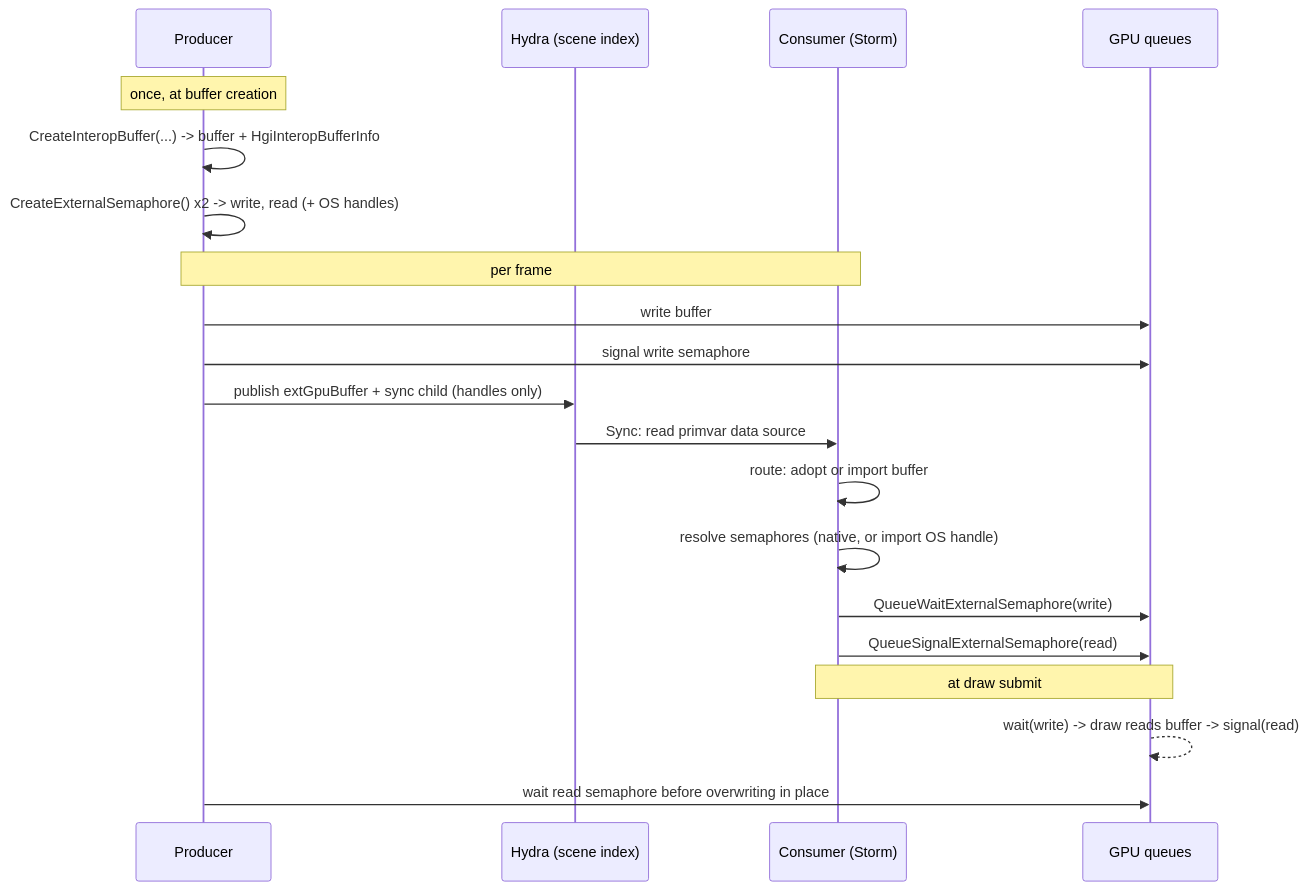
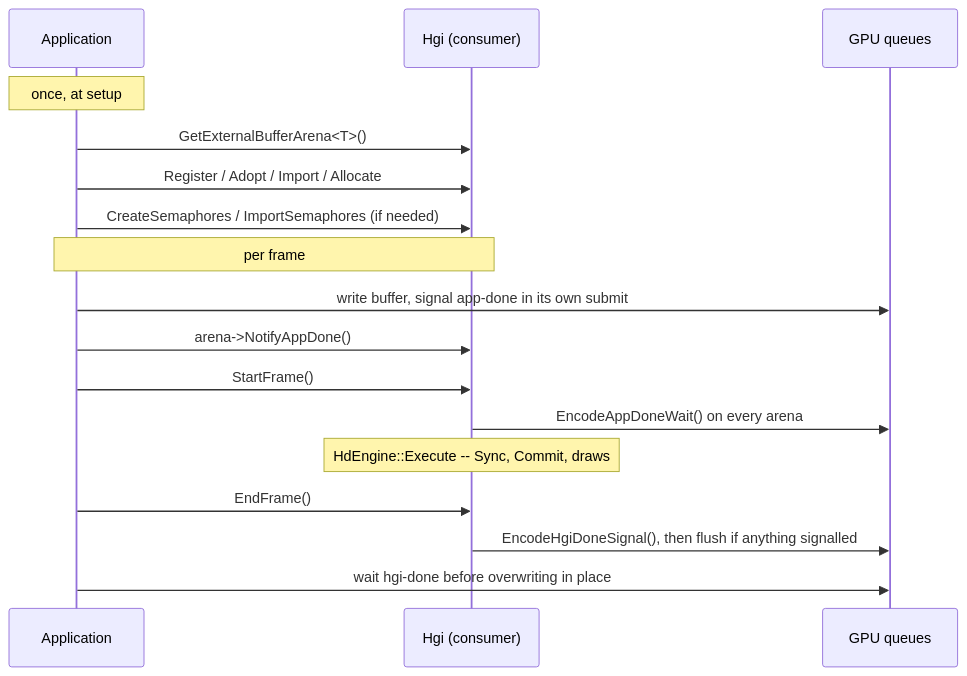
One commit to PixarAnimationStudios/OpenUSD changed the second of 2 diagrams in docs/user_guides/schemas/extGpuBuffer/external_gpu_buffer_proposal.md. Above: the diagram before and after it, drawn with Mermaid. The commit also changed other lines of this file, not shown here.

````diff
--- a/docs/user_guides/schemas/extGpuBuffer/external_gpu_buffer_proposal.md
+++ b/docs/user_guides/schemas/extGpuBuffer/external_gpu_buffer_proposal.md
@@ -635,27 +495,23 @@
 ```mermaid
 sequenceDiagram
-    participant Prod as Producer
-    participant Hd as Hydra (scene index)
-    participant Cons as Consumer (Storm)
+    participant App as Application
+    participant Hgi as Hgi (consumer)
     participant GPU as GPU queues
 
-    Note over Prod: once, at buffer creation
-    Prod->>Prod: CreateInteropBuffer(...) -> buffer + HgiInteropBufferInfo
-    Prod->>Prod: CreateExternalSemaphore() x2 -> write, read (+ OS handles)
+    Note over App: once, at setup
+    App->>Hgi: GetExternalBufferArena<T>()
+    App->>Hgi: Register / Adopt / Import / Allocate
+    App->>Hgi: CreateSemaphores / ImportSemaphores (if needed)
 
-    Note over Prod,Cons: per frame
-    Prod->>GPU: write buffer
-    Prod->>GPU: signal write semaphore
-    Prod->>Hd: publish extGpuBuffer + sync child (handles only)
+    Note over App,Hgi: per frame
+    App->>GPU: write buffer, signal app-done in its own submit
+    App->>Hgi: arena->NotifyAppDone()
 
-    Hd->>Cons: Sync: read primvar data source
-    Cons->>Cons: route: adopt or import buffer
-    Cons->>Cons: resolve semaphores (native, or import OS handle)
-    Cons->>GPU: QueueWaitExternalSemaphore(write)
-    Cons->>GPU: QueueSignalExternalSemaphore(read)
+    App->>Hgi: StartFrame()
+    Hgi->>GPU: EncodeAppDoneWait() on every arena
+    Note over Hgi: HdEngine::Execute -- Sync, Commit, draws
+    App->>Hgi: EndFrame()
+    Hgi->>GPU: EncodeHgiDoneSignal(), then flush if anything signalled
 
-    Note over Cons,GPU: at draw submit
-    GPU-->>GPU: wait(write) -> draw reads buffer -> signal(read)
-
-    Prod->>GPU: wait read semaphore before overwriting in place
+    App->>GPU: wait hgi-done before overwriting in place
 ```
````
